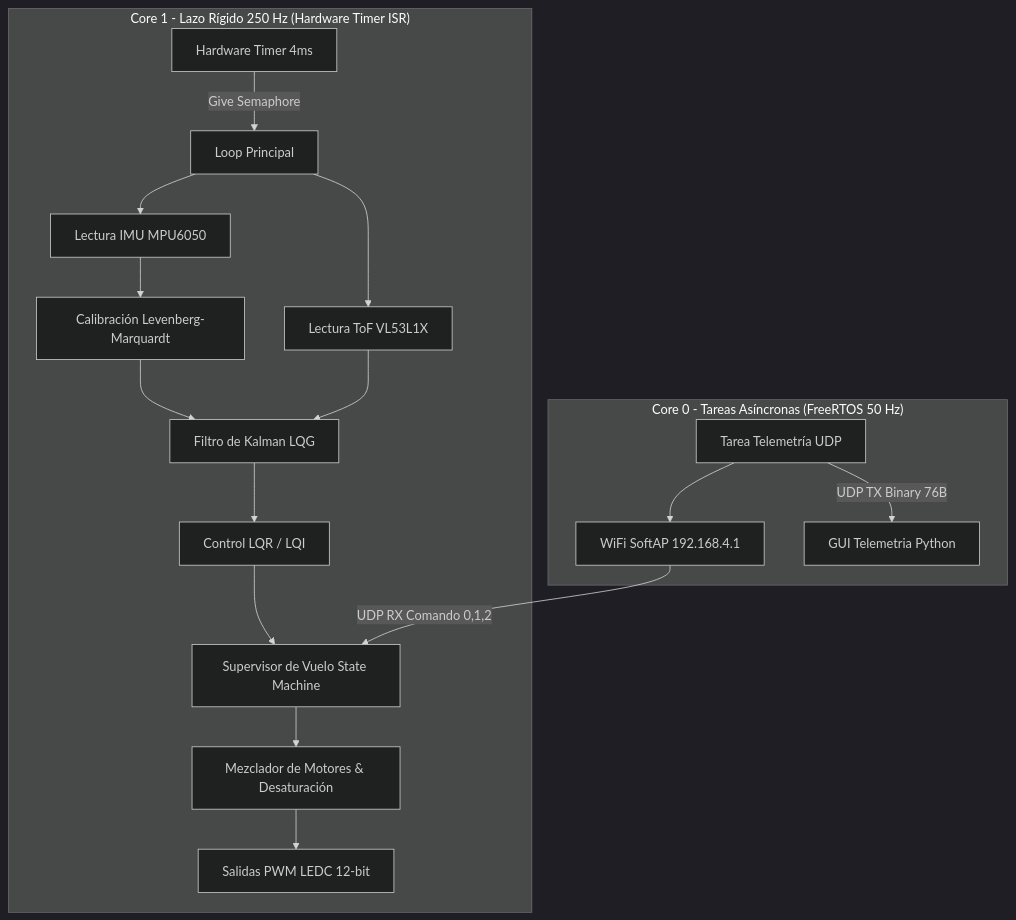
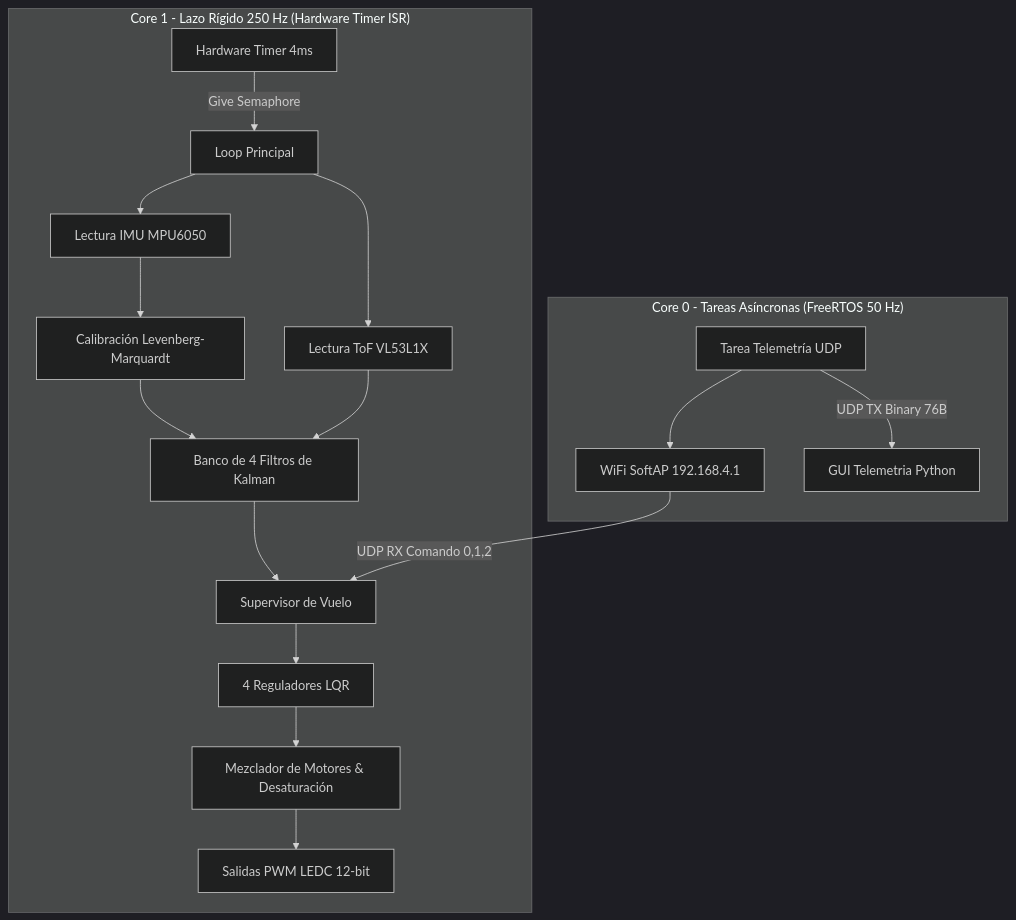
Before and after one commit to Ogas123/firmware_dron: the first of 2 diagrams in README.md, drawn with Mermaid (dark theme). The commit also changed other lines of this file and 7 other files, not shown here.

````diff
--- a/README.md
+++ b/README.md
@@ -19,21 +20,21 @@
 ```mermaid
 graph TD
     subgraph "Core 1 - Lazo Rígido 250 Hz (Hardware Timer ISR)"
         ISR[Hardware Timer 4ms] -->|Give Semaphore| Loop[Loop Principal]
         Loop --> IMU[Lectura IMU MPU6050]
         Loop --> ToF[Lectura ToF VL53L1X]
         IMU --> LM[Calibración Levenberg-Marquardt]
-        LM --> Kalman[Filtro de Kalman LQG]
+        LM --> Kalman[Banco de 4 Filtros de Kalman]
         ToF --> Kalman
-        Kalman --> LQR[Control LQR / LQI]
-        LQR --> Sup[Supervisor de Vuelo State Machine]
-        Sup --> Mixer[Mezclador de Motores & Desaturación]
+        Kalman --> Sup[Supervisor de Vuelo]
+        Sup --> LQR[4 Reguladores LQR]
+        LQR --> Mixer[Mezclador de Motores & Desaturación]
         Mixer --> LEDC[Salidas PWM LEDC 12-bit]
     end
 
     subgraph "Core 0 - Tareas Asíncronas (FreeRTOS 50 Hz)"
         Telemetria[Tarea Telemetría UDP] --> WiFi[WiFi SoftAP 192.168.4.1]
         WiFi -->|UDP RX Comando 0,1,2| Sup
         Telemetria -->|UDP TX Binary 76B| PC[GUI Telemetria Python]
     end
 ```
````
